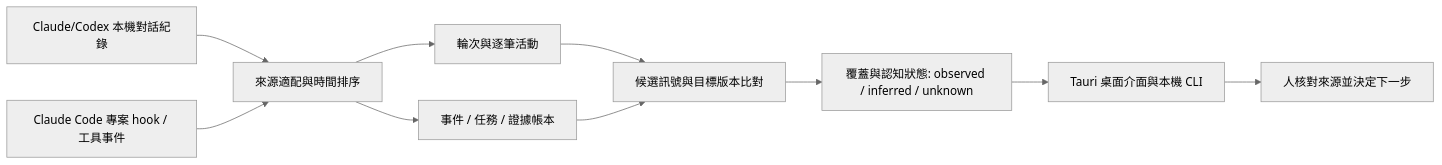
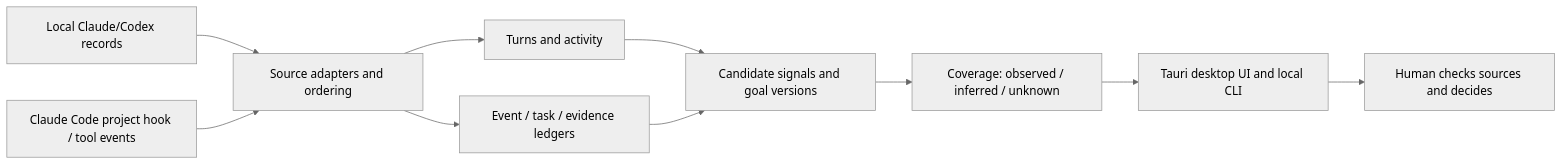
Before and after one commit to norika1207-lab/Forseti-Agent-Runtime: the first of 2 diagrams in README.md, drawn with Mermaid (neutral theme). The commit also changed other lines of this file and 3 other files, not shown here.

Commit message:
Restore English documentation and diagram copy

````diff
--- a/README.md
+++ b/README.md
@@ -144,12 +157,12 @@
 ```mermaid
 flowchart LR
-    A[Claude/Codex 本機對話紀錄] --> B[來源適配與時間排序]
-    H[Claude Code 專案 hook / 工具事件] --> B
-    B --> C[輪次與逐筆活動]
-    B --> D[事件 / 任務 / 證據帳本]
-    C --> E[候選訊號與目標版本比對]
+    A[Local Claude/Codex records] --> B[Source adapters and ordering]
+    H[Claude Code project hook / tool events] --> B
+    B --> C[Turns and activity]
+    B --> D[Event / task / evidence ledgers]
+    C --> E[Candidate signals and goal versions]
     D --> E
-    E --> F[覆蓋與認知狀態: observed / inferred / unknown]
-    F --> G[Tauri 桌面介面與本機 CLI]
-    G --> I[人核對來源並決定下一步]
+    E --> F[Coverage: observed / inferred / unknown]
+    F --> G[Tauri desktop UI and local CLI]
+    G --> I[Human checks sources and decides]
 ```
````
